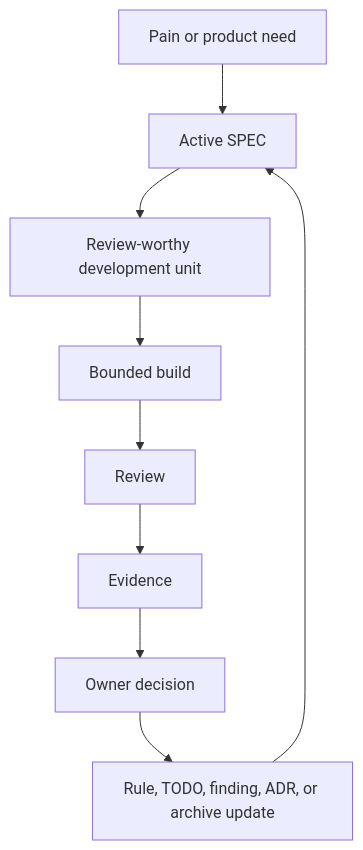
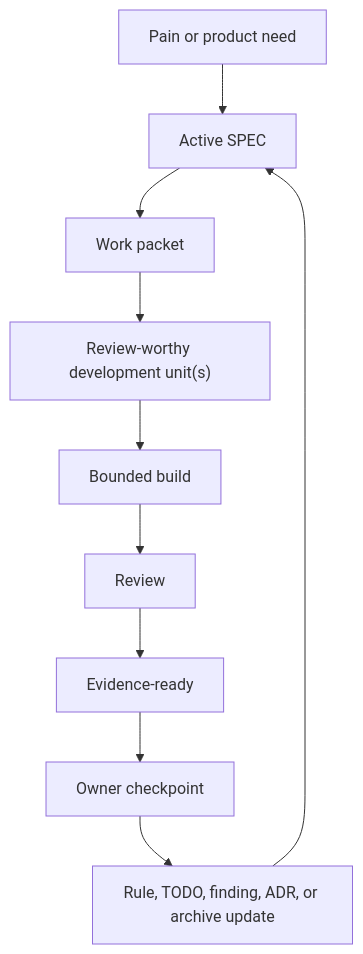
Before and after one commit to LiveTrack-X/spec-driven-ai-development: the diagram in README.md, drawn with Mermaid. The commit also changed other lines of this file and 28 other files, not shown here.

Commit message:
Add work packet autonomy and implementation discipline

````diff
--- a/README.md
+++ b/README.md
@@ -301,11 +349,12 @@
 ```mermaid
 flowchart TD
     A["Pain or product need"] --> B["Active SPEC"]
-    B --> C["Review-worthy development unit"]
-    C --> D["Bounded build"]
-    D --> E["Review"]
-    E --> F["Evidence"]
-    F --> G["Owner decision"]
-    G --> H["Rule, TODO, finding, ADR, or archive update"]
-    H --> B
+    B --> C["Work packet"]
+    C --> D["Review-worthy development unit(s)"]
+    D --> E["Bounded build"]
+    E --> F["Review"]
+    F --> G["Evidence-ready"]
+    G --> H["Owner checkpoint"]
+    H --> I["Rule, TODO, finding, ADR, or archive update"]
+    I --> B
 ```
````
